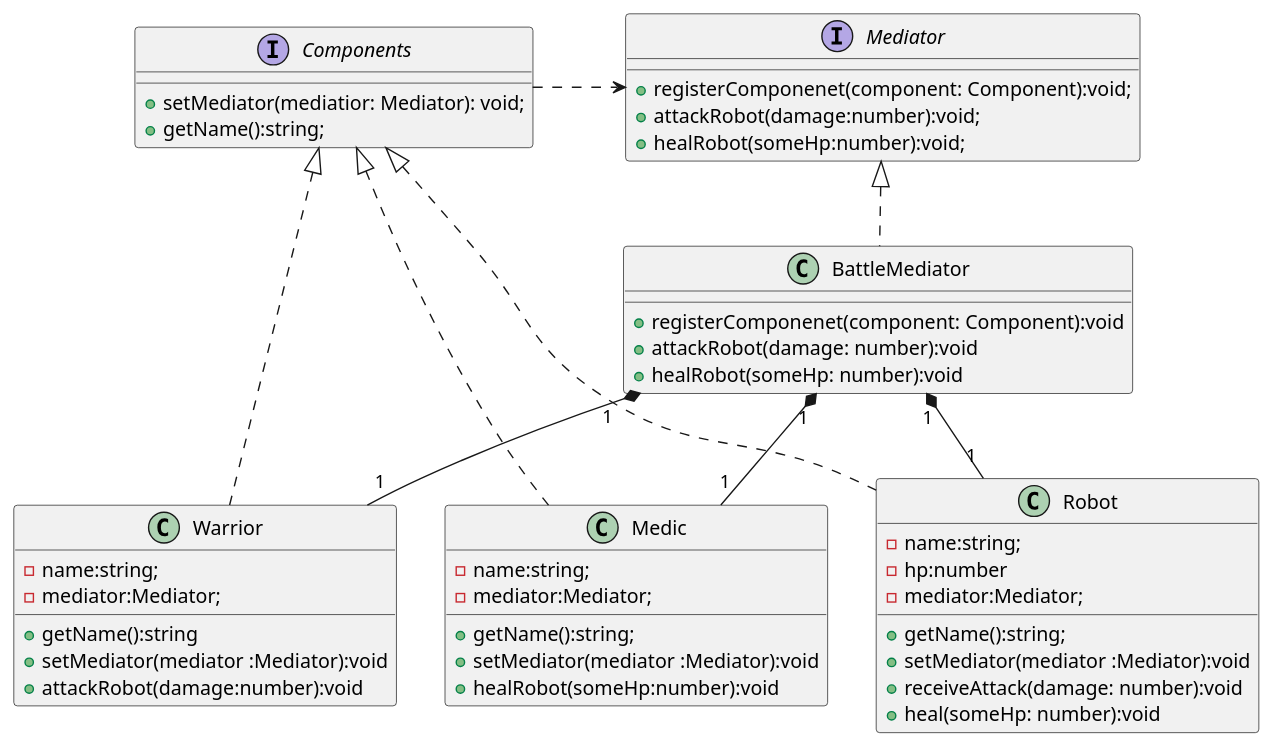
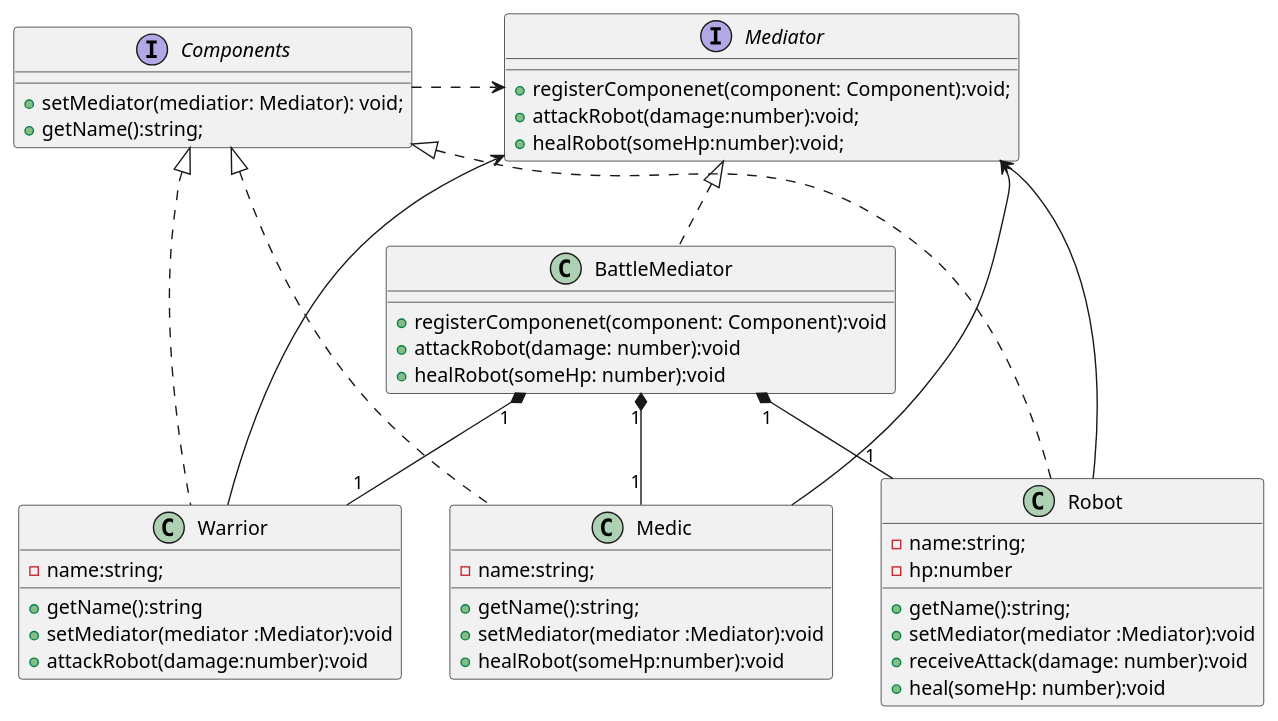
Before and after one commit to AbrahamOsco/DsPatterns: the diagram in diagrams/Mediator/iteration1.puml, drawn with PlantUML. The commit also changed 2 other files, not shown here.

Commit message:
update diagrams mediator and readme

```diff
--- a/diagrams/Mediator/iteration1.puml
+++ b/diagrams/Mediator/iteration1.puml
@@ -1,50 +1,50 @@
 @startuml
 interface Components{
     +setMediator(mediatior: Mediator): void;
     +getName():string;
 }
 class Warrior{
     -name:string;
-    -mediator:Mediator;
     +getName():string
     +setMediator(mediator :Mediator):void
     +attackRobot(damage:number):void
 }
 class Medic{
     -name:string;
-    -mediator:Mediator;
     +getName():string;
     +setMediator(mediator :Mediator):void
     +healRobot(someHp:number):void
 }
 
 class Robot{
     -name:string;
     -hp:number
-    -mediator:Mediator;
     +getName():string;
     +setMediator(mediator :Mediator):void
     +receiveAttack(damage: number):void
     +heal(someHp: number):void
 }
 interface Mediator{
     +registerComponenet(component: Component):void;
     +attackRobot(damage:number):void;
     +healRobot(someHp:number):void;
 }
 class BattleMediator{
     +registerComponenet(component: Component):void
     +attackRobot(damage: number):void
     +healRobot(someHp: number):void
 }
 
 Components <|.. Warrior
 Components <|.. Robot
 Components <|.. Medic
 Components .> Mediator: "         "
 Mediator <|.. BattleMediator
 BattleMediator "1" *-- "1" Warrior
 BattleMediator "1" *-- "1" Robot
 BattleMediator "1" *-- "1" Medic
+Warrior --> Mediator
+Robot --> Mediator
+Medic --> Mediator
 
 @enduml
```
